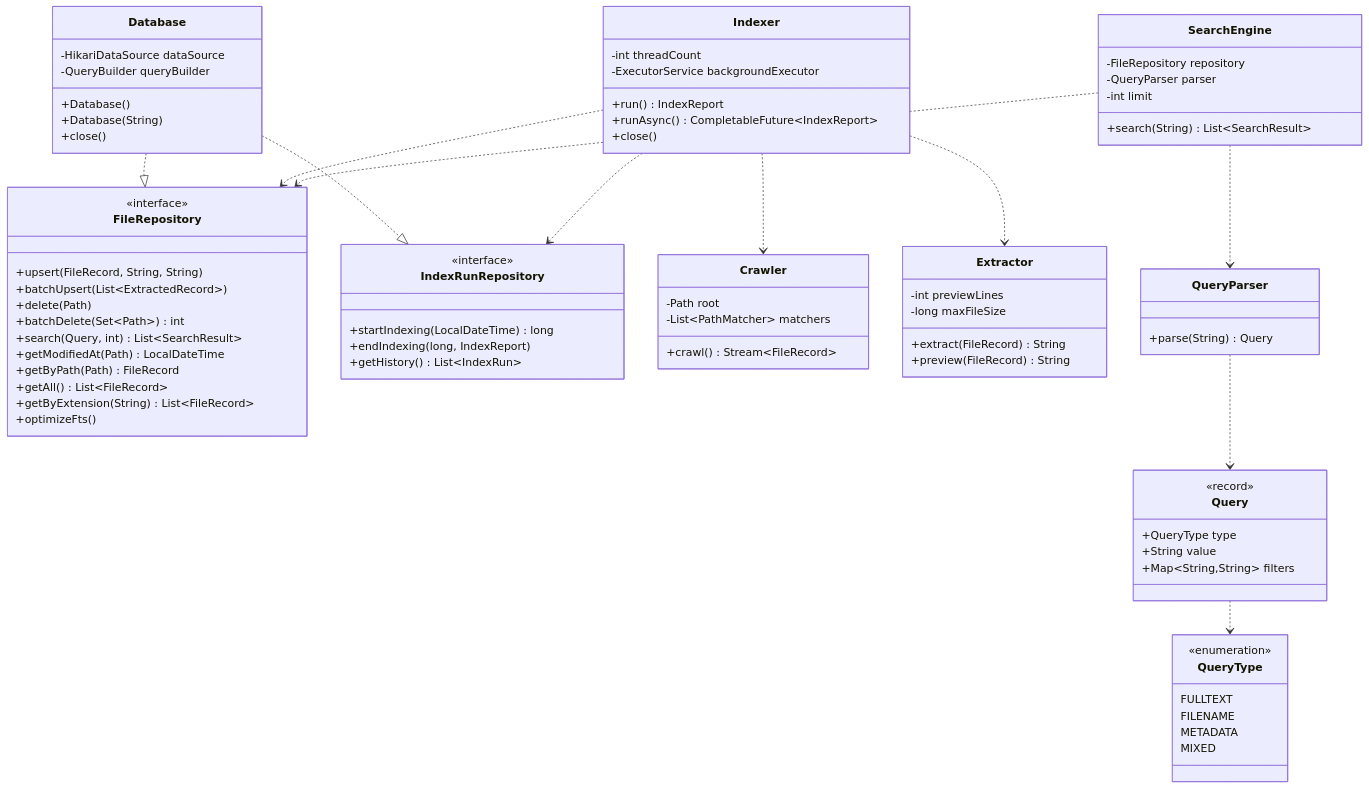
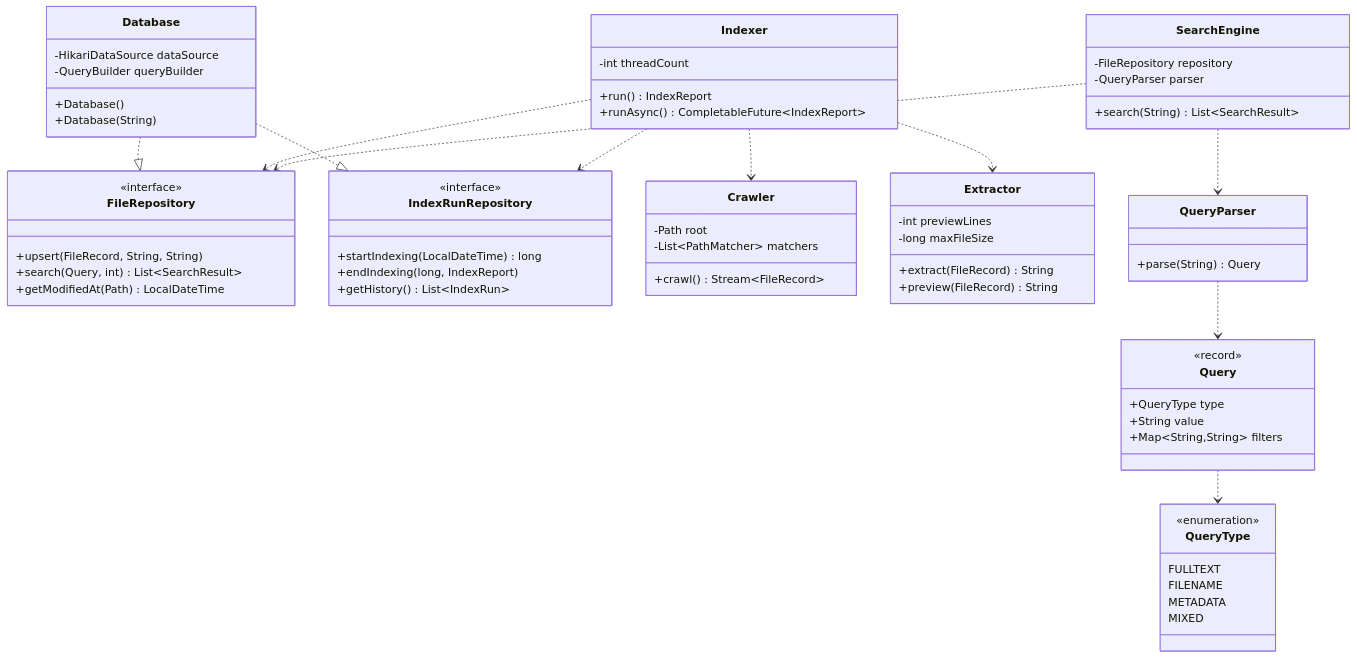
One commit to ralu2004/Local-File-Search-System changed the fourth of 4 diagrams in ARCHITECTURE.md. Above: the diagram before and after it, drawn with Mermaid. The commit also changed other lines of this file, not shown here.

Commit message:
docs(arch): trim method lists, shorten descriptions to more concise and replace schema with summary

```diff
--- a/ARCHITECTURE.md
+++ b/ARCHITECTURE.md
@@ -130,15 +105,8 @@
     class FileRepository {
         <<interface>>
         +upsert(FileRecord, String, String)
-        +batchUpsert(List~ExtractedRecord~)
-        +delete(Path)
-        +batchDelete(Set~Path~) int
         +search(Query, int) List~SearchResult~
         +getModifiedAt(Path) LocalDateTime
-        +getByPath(Path) FileRecord
-        +getAll() List~FileRecord~
-        +getByExtension(String) List~FileRecord~
-        +optimizeFts()
     }
 
     class IndexRunRepository {
@@ -153,7 +121,6 @@
         -QueryBuilder queryBuilder
         +Database()
         +Database(String)
-        +close()
     }
 
     class Crawler {
@@ -171,16 +138,13 @@
 
     class Indexer {
         -int threadCount
-        -ExecutorService backgroundExecutor
         +run() IndexReport
         +runAsync() CompletableFuture~IndexReport~
-        +close()
     }
 
     class SearchEngine {
         -FileRepository repository
         -QueryParser parser
-        -int limit
         +search(String) List~SearchResult~
     }
 
```
